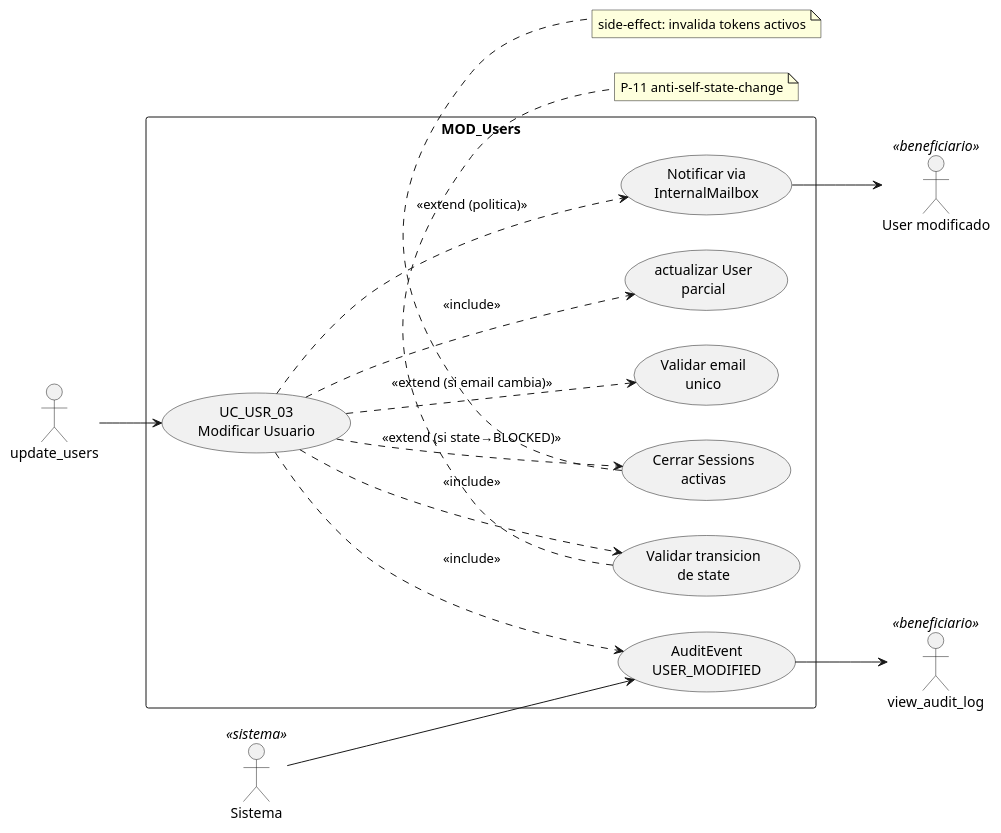
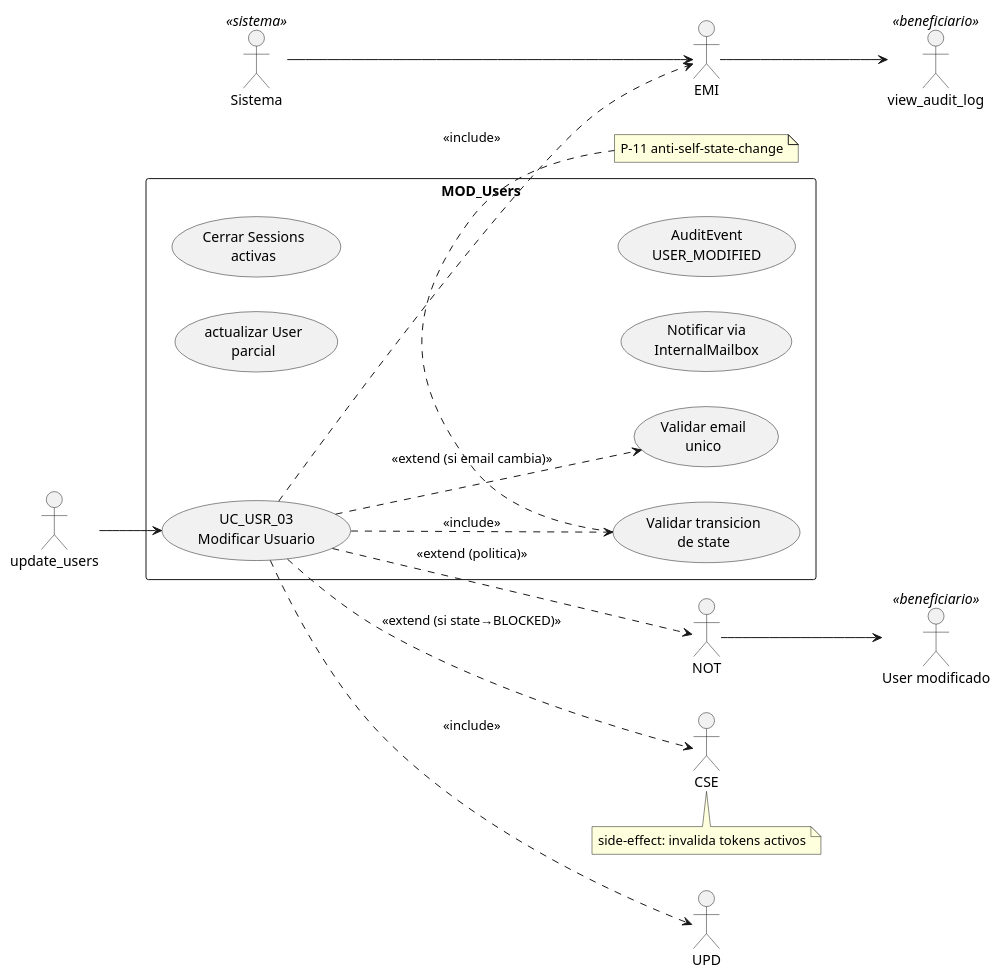
One commit to jcg-admin/IACT-docs changed the diagram in source/requisitos/casos-uso/users/uc-usr-03/diagramas-uml/diagrama-de-caso-de-uso.rst. Above: the diagram before and after it, drawn with PlantUML. The commit also changed 47 other files, not shown here.

First line of the commit message:
Fix cryptic PlantUML aliases in UC and architecture files (STD_011)

```diff
--- a/source/requisitos/casos-uso/users/uc-usr-03/diagramas-uml/diagrama-de-caso-de-uso.rst
+++ b/source/requisitos/casos-uso/users/uc-usr-03/diagramas-uml/diagrama-de-caso-de-uso.rst
@@ -4,41 +4,41 @@
 .. uml::
  :caption: UC_USR_03 — actores y casos asociados
 
  @startuml
 
  left to right direction
 
  actor "update_users" as ADMIN
  actor "User modificado" as USER <<beneficiario>>
  actor "view_audit_log" as view_audit_log <<beneficiario>>
  actor "Sistema" as Sistema <<sistema>>
 
  rectangle "MOD_Users" {
    usecase "UC_USR_03\nModificar Usuario" as UC03
    usecase "Validar transicion\nde state" as ValidarTransicion
    usecase "Validar email\nunico" as ValidarEmail
-   usecase "actualizar User\nparcial" as UPD
-   usecase "Cerrar Sessions\nactivas" as CSE
-   usecase "Notificar via\nInternalMailbox" as NOT
-   usecase "AuditEvent\nUSER_MODIFIED" as EMI
+   usecase "actualizar User\nparcial" as ActualizarEntidad
+   usecase "Cerrar Sessions\nactivas" as CerrarSesiones
+   usecase "Notificar via\nInternalMailbox" as NotificacionMailbox
+   usecase "AuditEvent\nUSER_MODIFIED" as AuditEmitter
  }
 
  ADMIN --> UC03
  UC03 ..> ValidarTransicion : <<include>>
  UC03 ..> ValidarEmail : <<extend (si email cambia)>>
  UC03 ..> UPD : <<include>>
  UC03 ..> CSE : <<extend (si state→BLOCKED)>>
  UC03 ..> NOT : <<extend (politica)>>
  UC03 ..> EMI : <<include>>
  NOT --> USER
  Sistema --> EMI
  EMI --> view_audit_log
 
  note bottom of ValidarTransicion
    P-11 anti-self-state-change
  end note
  note bottom of CSE
    side-effect: invalida tokens activos
  end note
 
  @enduml
```
